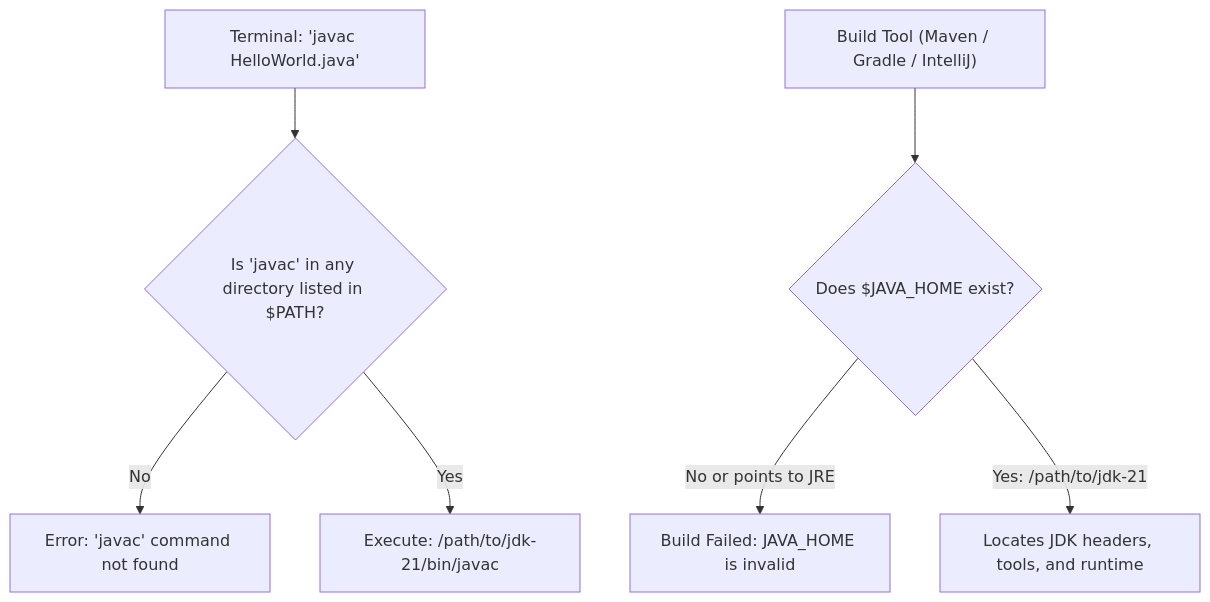
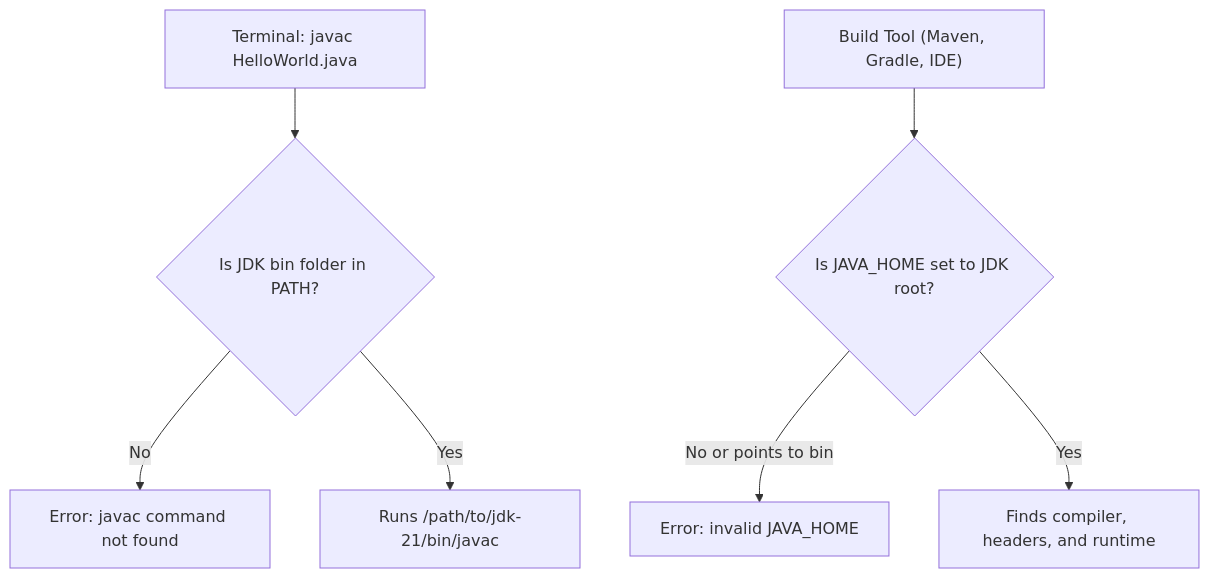
The fourth of 4 diagrams in content/roadmap/level-0/environment-setup.md (ravishankar2463/java_hub), drawn with Mermaid before and after one commit. The commit also changed other lines of this file and 119 other files, not shown here.

Commit message:
feat: add comprehensive java learning roadmap content across multiple levels

````diff
--- a/content/roadmap/level-0/environment-setup.md
+++ b/content/roadmap/level-0/environment-setup.md
@@ -217,10 +193,10 @@
 ```mermaid
 flowchart TD
-    CMD["Terminal: 'javac HelloWorld.java'"] --> PATH{"Is 'javac' in any directory listed in $PATH?"}
-    PATH -->|"No"| ERR["Error: 'javac' command not found"]
-    PATH -->|"Yes"| BIN["Execute: /path/to/jdk-21/bin/javac"]
-    
-    TOOL["Build Tool (Maven / Gradle / IntelliJ)"] --> JH{"Does $JAVA_HOME exist?"}
-    JH -->|"No or points to JRE"| JHERR["Build Failed: JAVA_HOME is invalid"]
-    JH -->|"Yes: /path/to/jdk-21"| RUN["Locates JDK headers, tools, and runtime"]
+    Term["Terminal: javac HelloWorld.java"] --> CheckPath{"Is JDK bin folder in PATH?"}
+    CheckPath -->|"No"| PathErr["Error: javac command not found"]
+    CheckPath -->|"Yes"| RunJavac["Runs /path/to/jdk-21/bin/javac"]
+
+    Build["Build Tool (Maven, Gradle, IDE)"] --> CheckHome{"Is JAVA_HOME set to JDK root?"}
+    CheckHome -->|"No or points to bin"| HomeErr["Error: invalid JAVA_HOME"]
+    CheckHome -->|"Yes"| FindTools["Finds compiler, headers, and runtime"]
 ```
````
